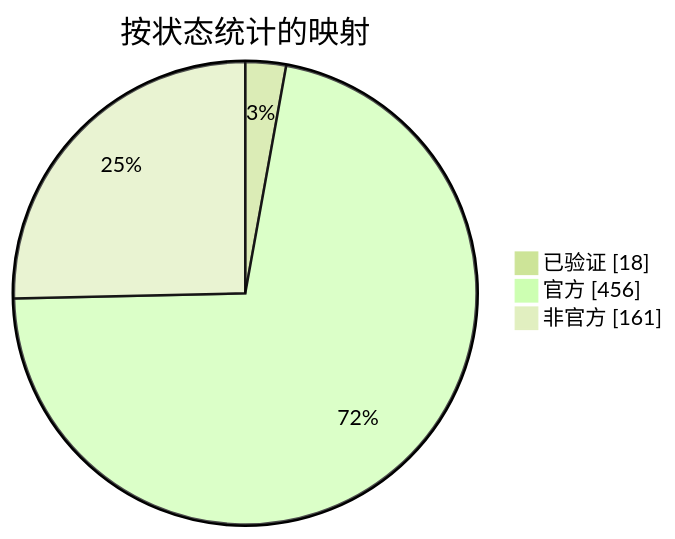
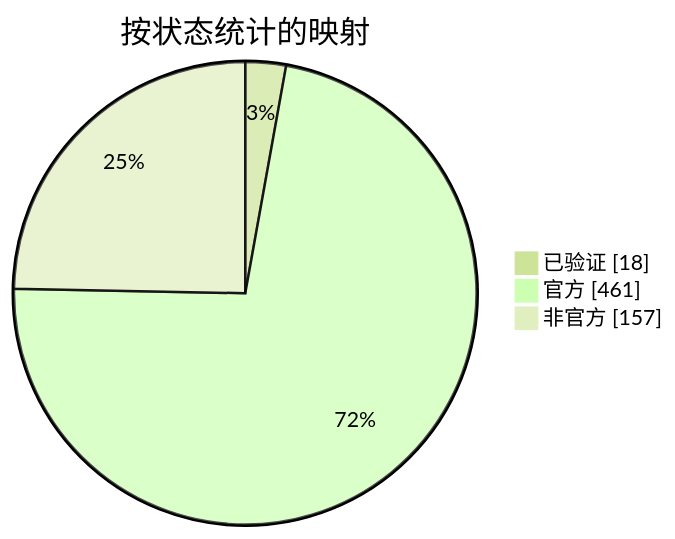
The diagram in docs/readme/README_ZHS.md (nobrega8/mbmap-library), drawn with Mermaid (forest theme) before and after one commit. The commit also changed 10 other files, not shown here.

````diff
--- a/docs/readme/README_ZHS.md
+++ b/docs/readme/README_ZHS.md
@@ -54,7 +54,7 @@
 ```mermaid
 pie showData
     title 按状态统计的映射
     "已验证" : 18
-    "官方" : 456
-    "非官方" : 161
+    "官方" : 461
+    "非官方" : 157
 ```
````
